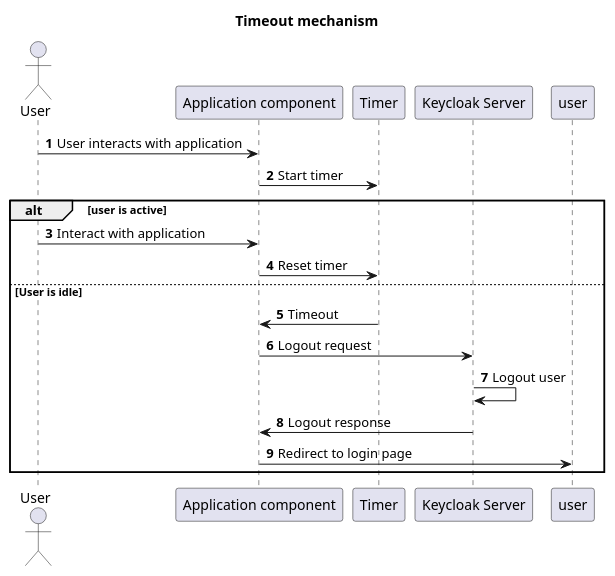
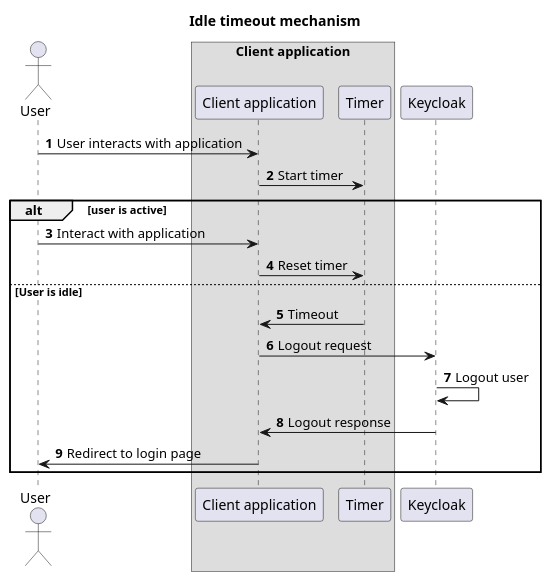
Before and after one commit to SeenamZaSodaSingha/Spring-Angular-KC: the diagram in Diagram/timeout.wsd, drawn with PlantUML. The commit also changed 5 other files, not shown here.

```diff
--- a/Diagram/timeout.wsd
+++ b/Diagram/timeout.wsd
@@ -1,24 +1,27 @@
 @startuml normal flow
 
-title Timeout mechanism
+title Idle timeout mechanism
 
 actor User as User
-participant "Application component" as app
+box "Client application"
+participant "Client application" as app
 participant "Timer" as timer
-participant "Keycloak Server" as Keycloak
+
 
 autonumber
 User -> app: User interacts with application
 app -> timer: Start timer
 alt user is active
 User -> app: Interact with application
 app -> timer: Reset timer
 else User is idle
 timer -> app: Timeout
+end box
 app -> Keycloak: Logout request
 Keycloak -> Keycloak: Logout user
 Keycloak -> app: Logout response
-app -> user: Redirect to login page
+app -> User: Redirect to login page
+
 end
 
 @enduml
```
